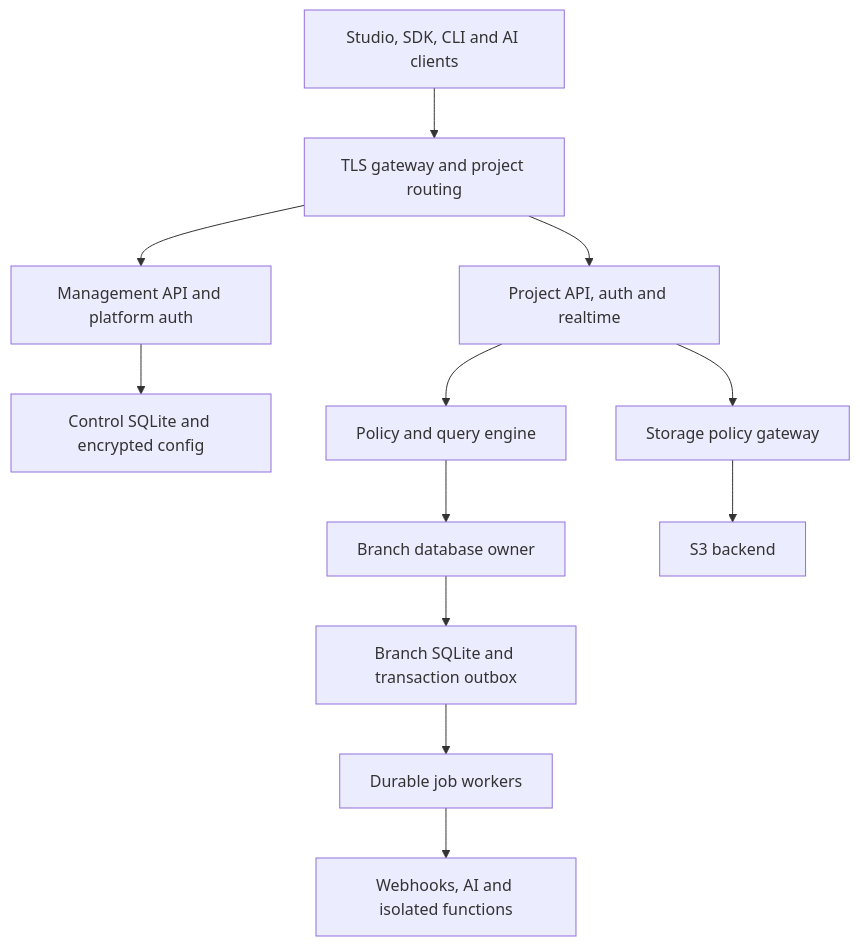
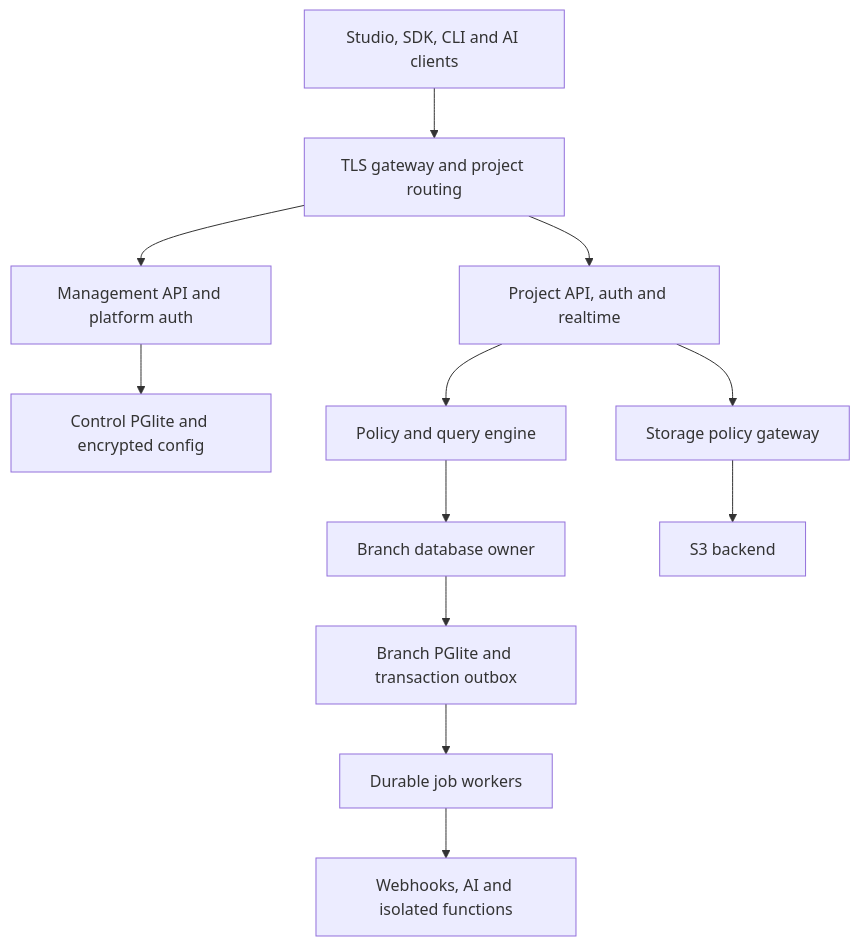
One commit to quadbits-lab/QBFlex changed the diagram in apps/docs/content/reference/development-spec.mdx. Above: the diagram before and after it, drawn with Mermaid. The commit also changed other lines of this file and 4755 other files, not shown here.

````diff
--- a/apps/docs/content/reference/development-spec.mdx
+++ b/apps/docs/content/reference/development-spec.mdx
@@ -95,14 +99,14 @@
 ```mermaid
 flowchart TD
   Clients["Studio, SDK, CLI and AI clients"] --> Gateway["TLS gateway and project routing"]
   Gateway --> Control["Management API and platform auth"]
   Gateway --> Data["Project API, auth and realtime"]
-  Control --> Catalog["Control SQLite and encrypted config"]
+  Control --> Catalog["Control PGlite and encrypted config"]
   Data --> Engine["Policy and query engine"]
   Engine --> Owner["Branch database owner"]
-  Owner --> SQLite["Branch SQLite and transaction outbox"]
-  SQLite --> Jobs["Durable job workers"]
+  Owner --> PGlite["Branch PGlite and transaction outbox"]
+  PGlite --> Jobs["Durable job workers"]
   Data --> Storage["Storage policy gateway"]
   Storage --> Objects["S3 backend"]
   Jobs --> Extensions["Webhooks, AI and isolated functions"]
 ```
````
